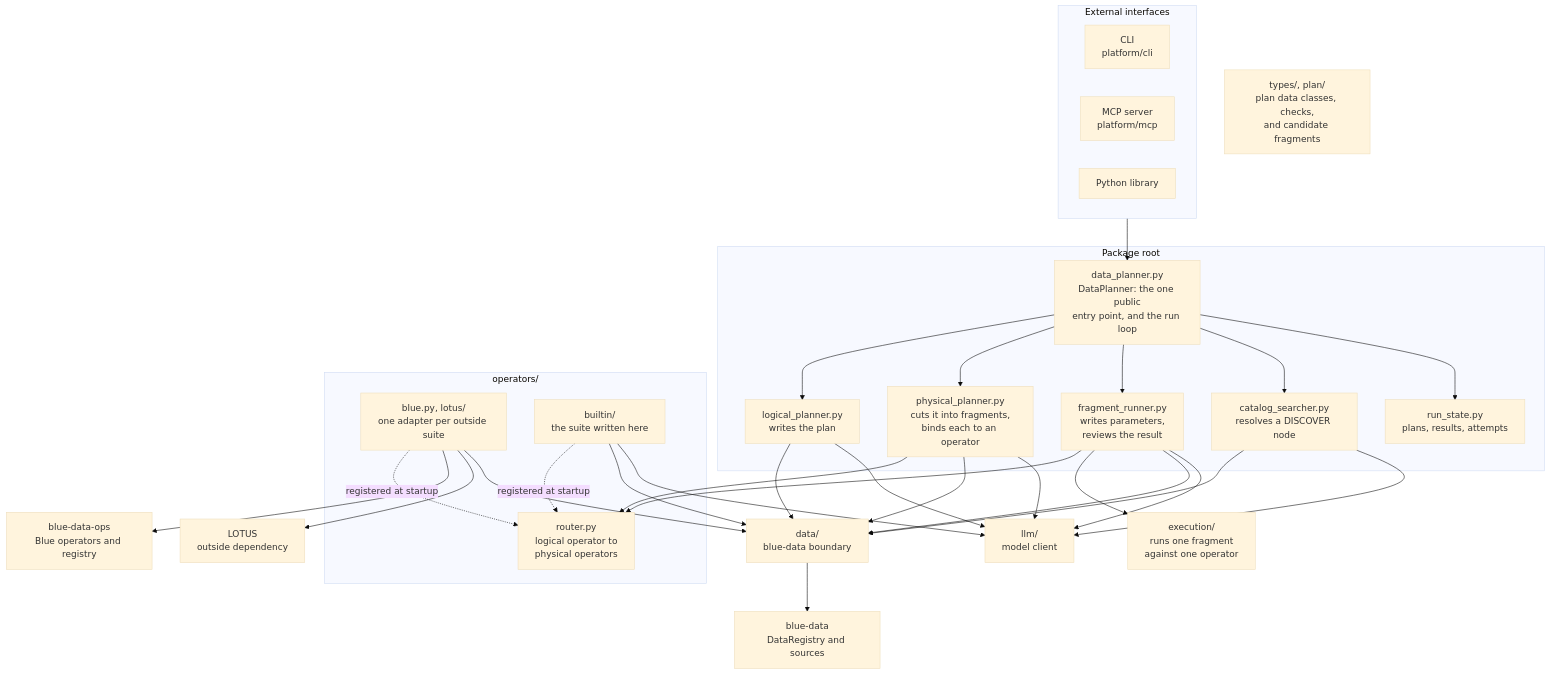
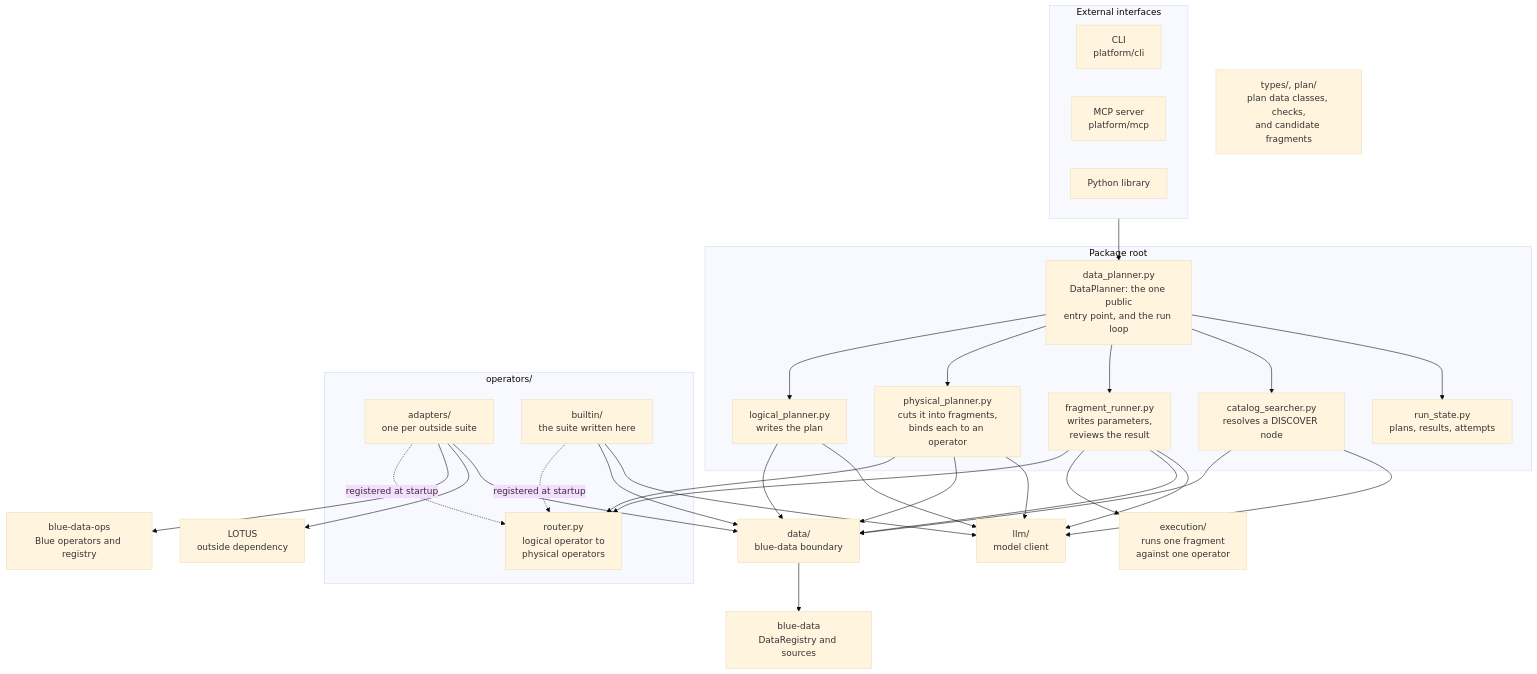
One commit to megagonlabs/blue-data-planner changed the diagram in design/03-high-level-architecture.md. Above: the diagram before and after it, drawn with Mermaid (base theme). The commit also changed other lines of this file and 9 other files, not shown here.

````diff
--- a/design/03-high-level-architecture.md
+++ b/design/03-high-level-architecture.md
@@ -15,59 +15,59 @@
 ```mermaid
 flowchart TB
     subgraph interfaces ["External interfaces"]
         CLI["CLI<br/>platform/cli"]
         MCP["MCP server<br/>platform/mcp"]
         LIB["Python library"]
     end
 
     subgraph rootbox ["Package root"]
         ENTRY["data_planner.py<br/>DataPlanner: the one public<br/>entry point, and the run loop"]
         LOGICAL["logical_planner.py<br/>writes the plan"]
         PHYSICAL["physical_planner.py<br/>cuts it into fragments,<br/>binds each to an operator"]
         RUNNER["fragment_runner.py<br/>writes parameters,<br/>reviews the result"]
         SEARCH["catalog_searcher.py<br/>resolves a DISCOVER node"]
         STATE["run_state.py<br/>plans, results, attempts"]
     end
 
     EXEC["execution/<br/>runs one fragment<br/>against one operator"]
 
     SHARED["types/, plan/<br/>plan data classes, checks,<br/>and candidate fragments"]
 
     subgraph opsbox ["operators/"]
         ROUTER["router.py<br/>logical operator to<br/>physical operators"]
-        ADAPT["blue.py, lotus/<br/>one adapter per outside suite"]
+        ADAPT["adapters/<br/>one per outside suite"]
         BUILTIN["builtin/<br/>the suite written here"]
     end
 
     OPS["blue-data-ops<br/>Blue operators and registry"]
     LOTUS["LOTUS<br/>outside dependency"]
     DATA["data/<br/>blue-data boundary"]
     LLM["llm/<br/>model client"]
     BD["blue-data<br/>DataRegistry and sources"]
 
     interfaces --> ENTRY
     ENTRY --> LOGICAL
     ENTRY --> PHYSICAL
     ENTRY --> RUNNER
     ENTRY --> SEARCH
     ENTRY --> STATE
     PHYSICAL --> ROUTER
     RUNNER --> ROUTER
     RUNNER --> EXEC
     ADAPT -.->|"registered at startup"| ROUTER
     BUILTIN -.->|"registered at startup"| ROUTER
     ADAPT --> OPS
     ADAPT --> LOTUS
     ADAPT --> DATA
     BUILTIN --> DATA
     BUILTIN --> LLM
     LOGICAL --> DATA
     PHYSICAL --> DATA
     RUNNER --> DATA
     SEARCH --> DATA
     LOGICAL --> LLM
     PHYSICAL --> LLM
     RUNNER --> LLM
     SEARCH --> LLM
     DATA --> BD
 ```
````
